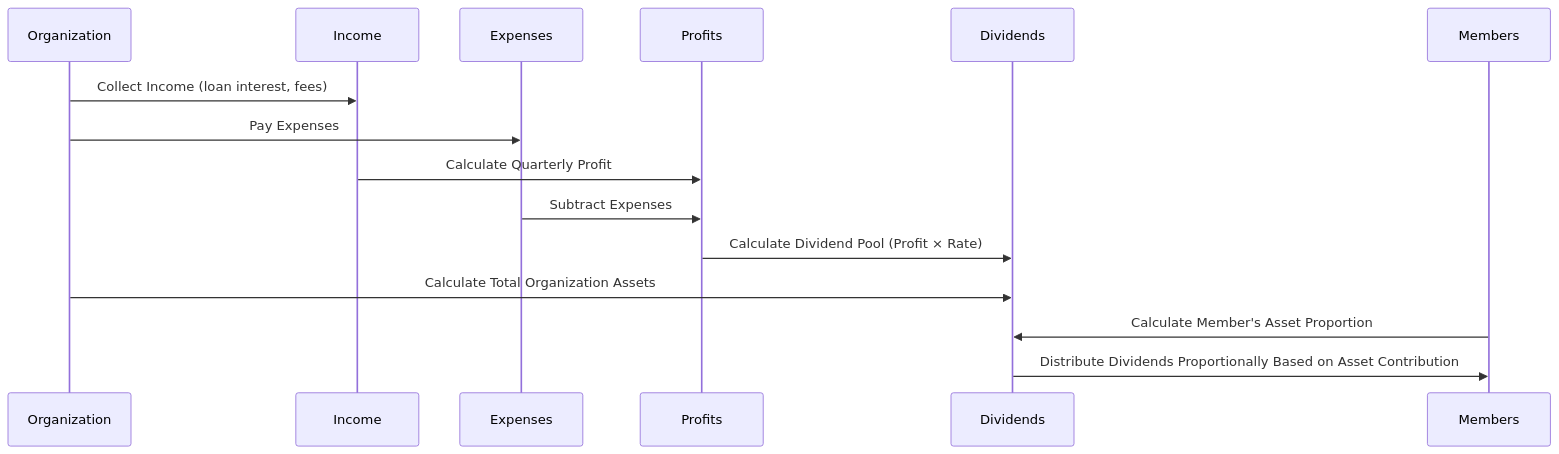
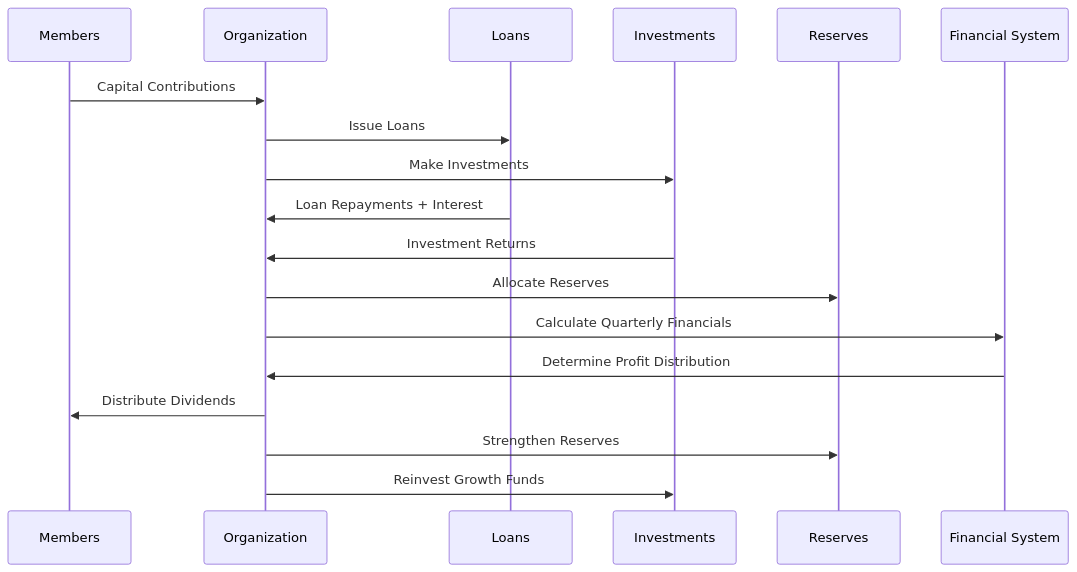
The eighth of 13 diagrams in financial-org-app/docs/financial-logic.md (Sachin-Bandaranayaka/sahana-new), drawn with Mermaid before and after one commit. The commit also changed other lines of this file and 2 other files, not shown here.

Commit message:
Update financial logic documentation with comprehensive system details, enhanced diagrams, and improved calculation examples

````diff
--- a/financial-org-app/docs/financial-logic.md
+++ b/financial-org-app/docs/financial-logic.md
@@ -122,18 +234,21 @@
 ```mermaid
 sequenceDiagram
-    participant A as Organization
-    participant B as Income
-    participant C as Expenses
-    participant D as Profits
-    participant E as Dividends
-    participant F as Members
+    participant A as Members
+    participant B as Organization
+    participant C as Loans
+    participant D as Investments
+    participant E as Reserves
+    participant F as Financial System
     
-    A->>B: Collect Income (loan interest, fees)
-    A->>C: Pay Expenses
-    B->>D: Calculate Quarterly Profit
-    C->>D: Subtract Expenses
-    D->>E: Calculate Dividend Pool (Profit × Rate)
-    A->>E: Calculate Total Organization Assets
-    F->>E: Calculate Member's Asset Proportion
-    E->>F: Distribute Dividends Proportionally Based on Asset Contribution
+    A->>B: Capital Contributions
+    B->>C: Issue Loans
+    B->>D: Make Investments
+    C->>B: Loan Repayments + Interest
+    D->>B: Investment Returns
+    B->>E: Allocate Reserves
+    B->>F: Calculate Quarterly Financials
+    F->>B: Determine Profit Distribution
+    B->>A: Distribute Dividends
+    B->>E: Strengthen Reserves
+    B->>D: Reinvest Growth Funds
 ```
````
